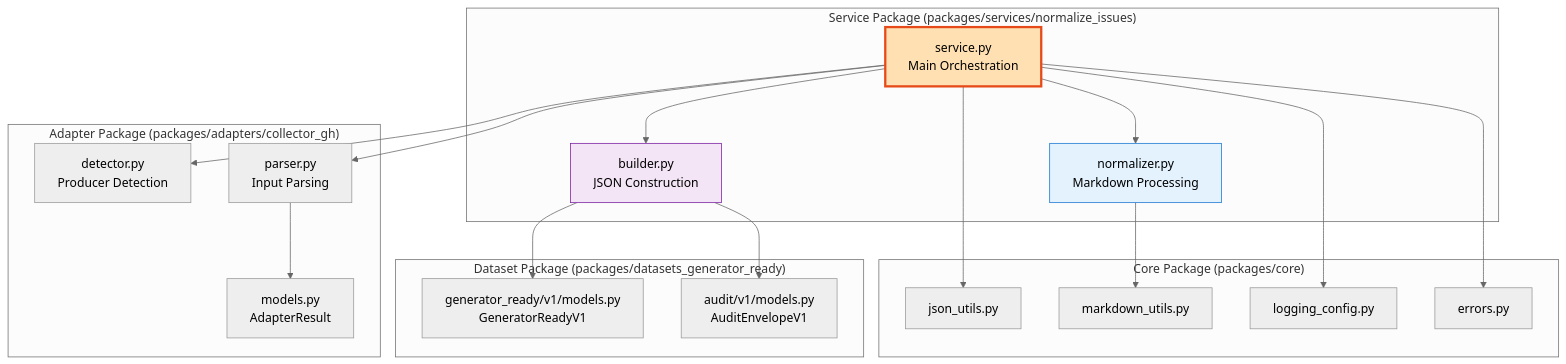
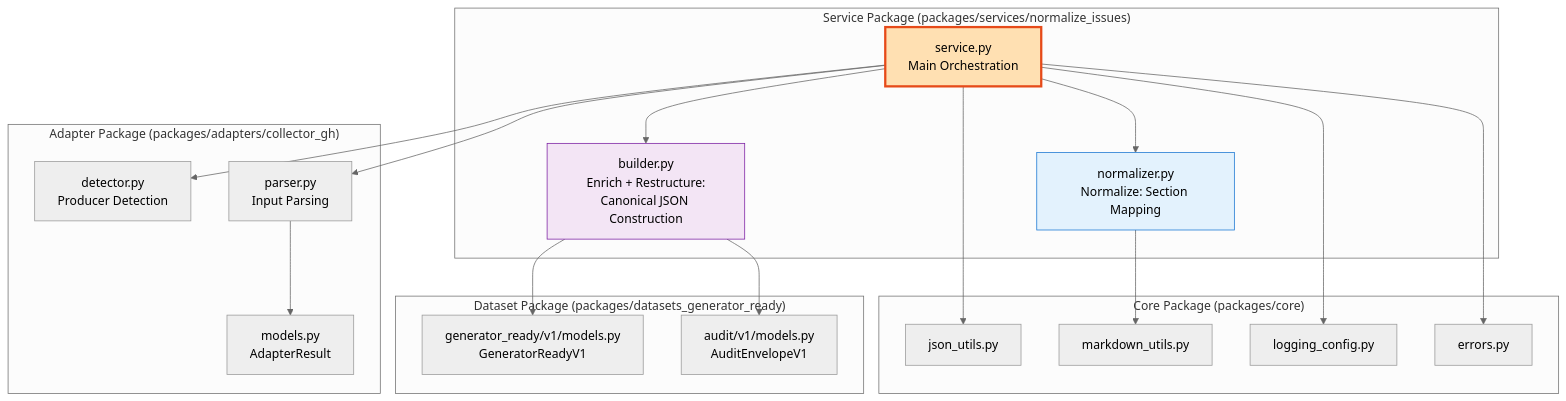
One commit to AbsaOSS/living-doc-toolkit changed the fifth of 11 diagrams in docs/architecture.md. Above: the diagram before and after it, drawn with Mermaid (neutral theme). The commit also changed other lines of this file and 1 other file, not shown here.

Commit message:
docs: update architecture and contracts documentation for clarity and accuracy

````diff
--- a/docs/architecture.md
+++ b/docs/architecture.md
@@ -224,45 +224,45 @@
 ```mermaid
 graph TB
     subgraph "Service Package (packages/services/normalize_issues)"
         ServiceEntry[service.py<br/>Main Orchestration]
-        Normalizer[normalizer.py<br/>Markdown Processing]
-        Builder[builder.py<br/>JSON Construction]
+        Normalizer[normalizer.py<br/>Normalize: Section Mapping]
+        Builder[builder.py<br/>Enrich + Restructure:<br/>Canonical JSON Construction]
     end
     
     subgraph "Core Package (packages/core)"
         JsonUtils[json_utils.py]
         MarkdownUtils[markdown_utils.py]
         LoggingConfig[logging_config.py]
         Errors[errors.py]
     end
     
     subgraph "Adapter Package (packages/adapters/collector_gh)"
         Detector[detector.py<br/>Producer Detection]
         Parser[parser.py<br/>Input Parsing]
         AdapterModels[models.py<br/>AdapterResult]
     end
     
     subgraph "Dataset Package (packages/datasets_generator_ready)"
         GeneratorReadyModels[generator_ready/v1/models.py<br/>GeneratorReadyV1]
         AuditModels[audit/v1/models.py<br/>AuditEnvelopeV1]
     end
     
     ServiceEntry --> Normalizer
     ServiceEntry --> Builder
     ServiceEntry --> Detector
     ServiceEntry --> Parser
     
     Normalizer --> MarkdownUtils
     Builder --> GeneratorReadyModels
     Builder --> AuditModels
     
     ServiceEntry --> JsonUtils
     ServiceEntry --> LoggingConfig
     ServiceEntry --> Errors
     
     Parser --> AdapterModels
     
     style ServiceEntry fill:#ffe0b2,stroke:#e64a19,stroke-width:3px
     style Normalizer fill:#e3f2fd,stroke:#1976d2
     style Builder fill:#f3e5f5,stroke:#7b1fa2
 ```
````
